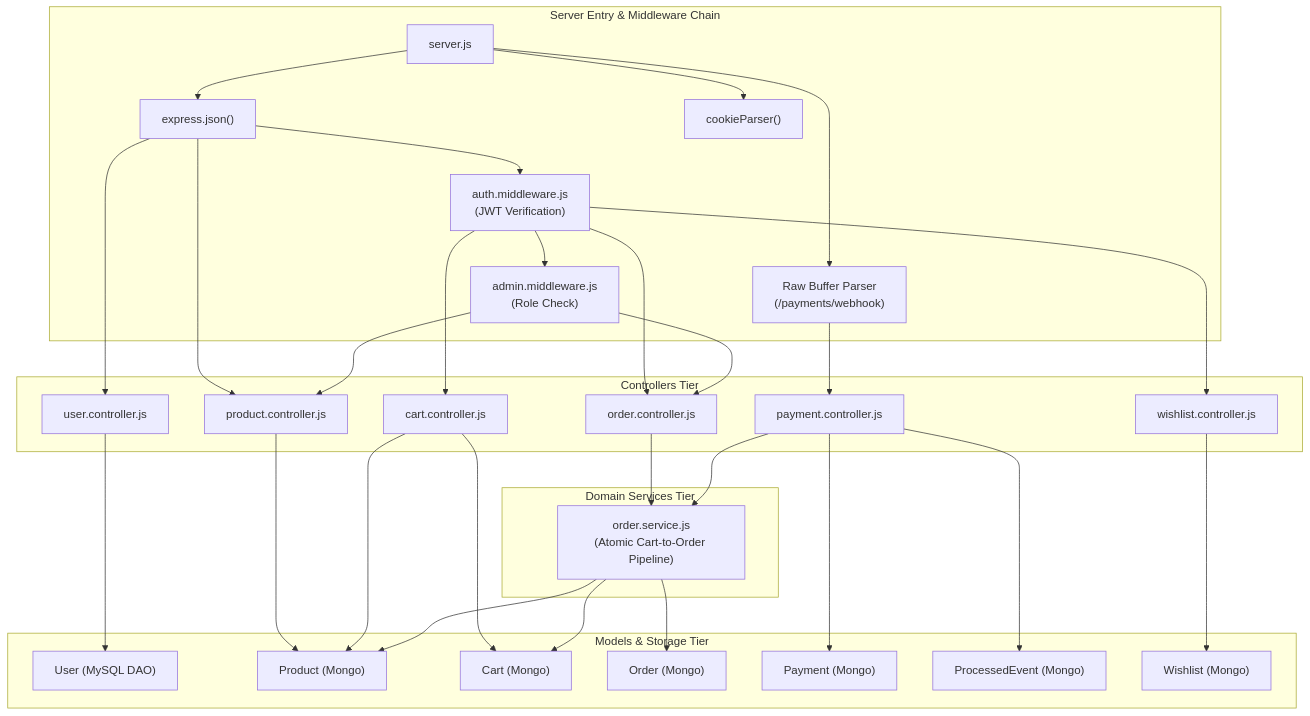
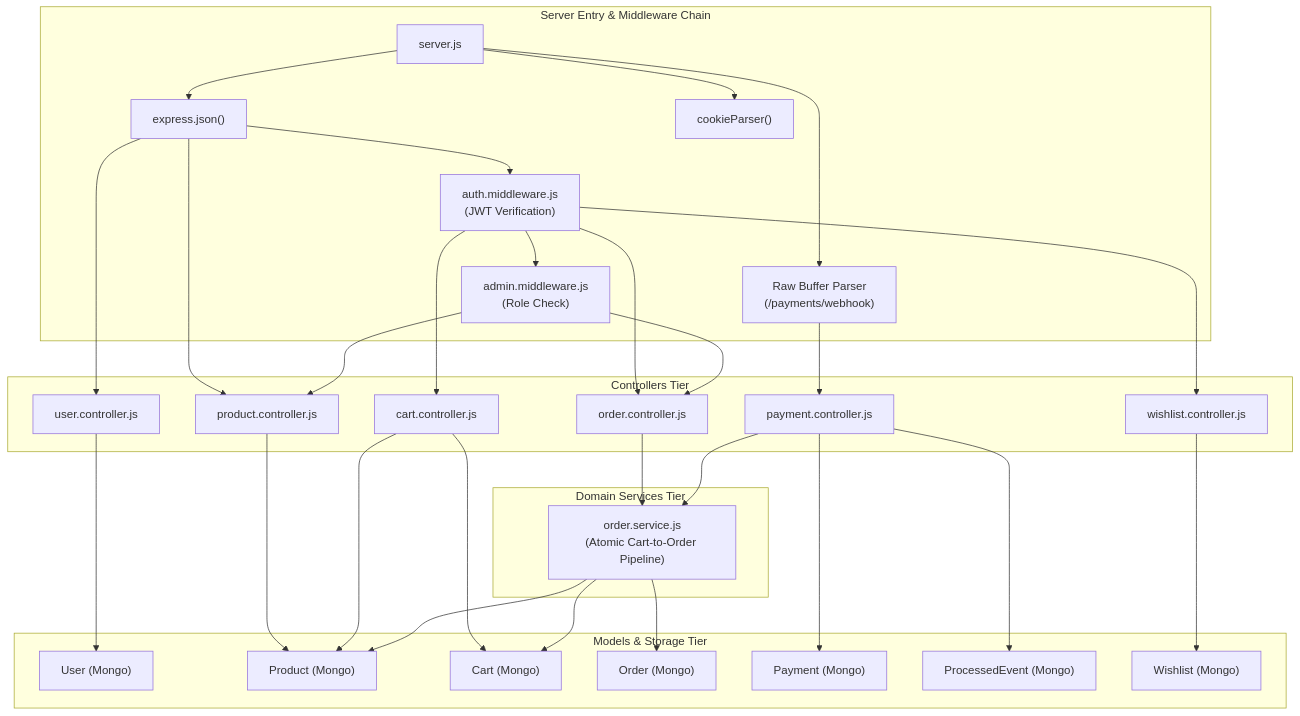
Before and after one commit to Akash0086/E_Commerce: the third of 13 diagrams in ARCHITECTURE.md, drawn with Mermaid. The commit also changed other lines of this file and 2 other files, not shown here.

Commit message:
Update the Architecture,System design and API_reference files

````diff
--- a/ARCHITECTURE.md
+++ b/ARCHITECTURE.md
@@ -106,65 +103,65 @@
 ```mermaid
 graph TB
     subgraph EntryPoint ["Server Entry & Middleware Chain"]
         ServerJS["server.js"]
         RawHook["Raw Buffer Parser<br/>(/payments/webhook)"]
         JsonParser["express.json()"]
         CookieParser["cookieParser()"]
         AuthMiddleware["auth.middleware.js<br/>(JWT Verification)"]
         AdminMiddleware["admin.middleware.js<br/>(Role Check)"]
     end
 
     subgraph ControllersLayer ["Controllers Tier"]
         UserController["user.controller.js"]
         ProductController["product.controller.js"]
         CartController["cart.controller.js"]
         OrderController["order.controller.js"]
         PaymentController["payment.controller.js"]
         WishlistController["wishlist.controller.js"]
     end
 
     subgraph ServicesLayer ["Domain Services Tier"]
         OrderService["order.service.js<br/>(Atomic Cart-to-Order Pipeline)"]
     end
 
     subgraph DataAccessLayer ["Models & Storage Tier"]
-        UserModel["User (MySQL DAO)"]
+        UserModel["User (Mongo)"]
         ProductModel["Product (Mongo)"]
         CartModel["Cart (Mongo)"]
         OrderModel["Order (Mongo)"]
         PaymentModel["Payment (Mongo)"]
         EventModel["ProcessedEvent (Mongo)"]
         WishlistModel["Wishlist (Mongo)"]
     end
 
     ServerJS --> RawHook
     ServerJS --> JsonParser
     ServerJS --> CookieParser
 
     RawHook --> PaymentController
     JsonParser --> UserController
     JsonParser --> ProductController
     JsonParser --> AuthMiddleware
 
     AuthMiddleware --> CartController
     AuthMiddleware --> OrderController
     AuthMiddleware --> WishlistController
     AuthMiddleware --> AdminMiddleware
 
     AdminMiddleware --> OrderController
     AdminMiddleware --> ProductController
 
     OrderController --> OrderService
     PaymentController --> OrderService
 
     UserController --> UserModel
     ProductController --> ProductModel
     CartController --> CartModel
     CartController --> ProductModel
     OrderService --> OrderModel
     OrderService --> CartModel
     OrderService --> ProductModel
     PaymentController --> PaymentModel
     PaymentController --> EventModel
     WishlistController --> WishlistModel
 ```
````
